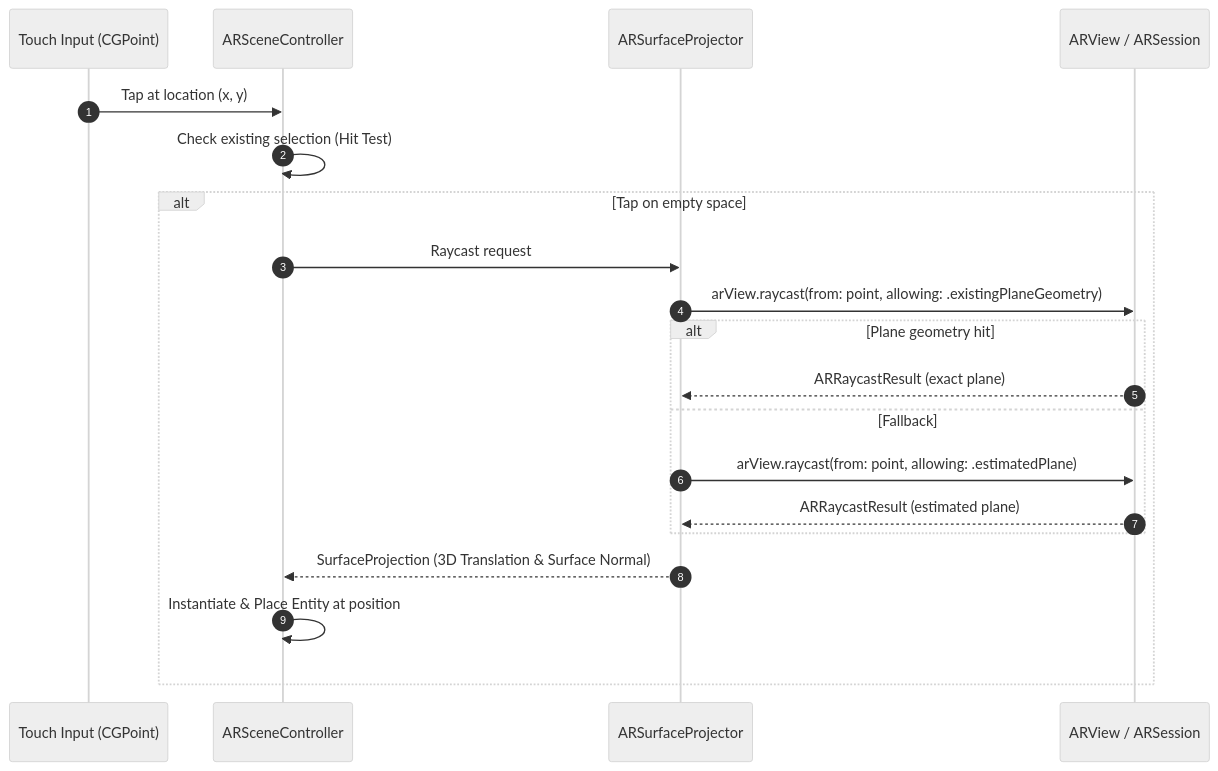
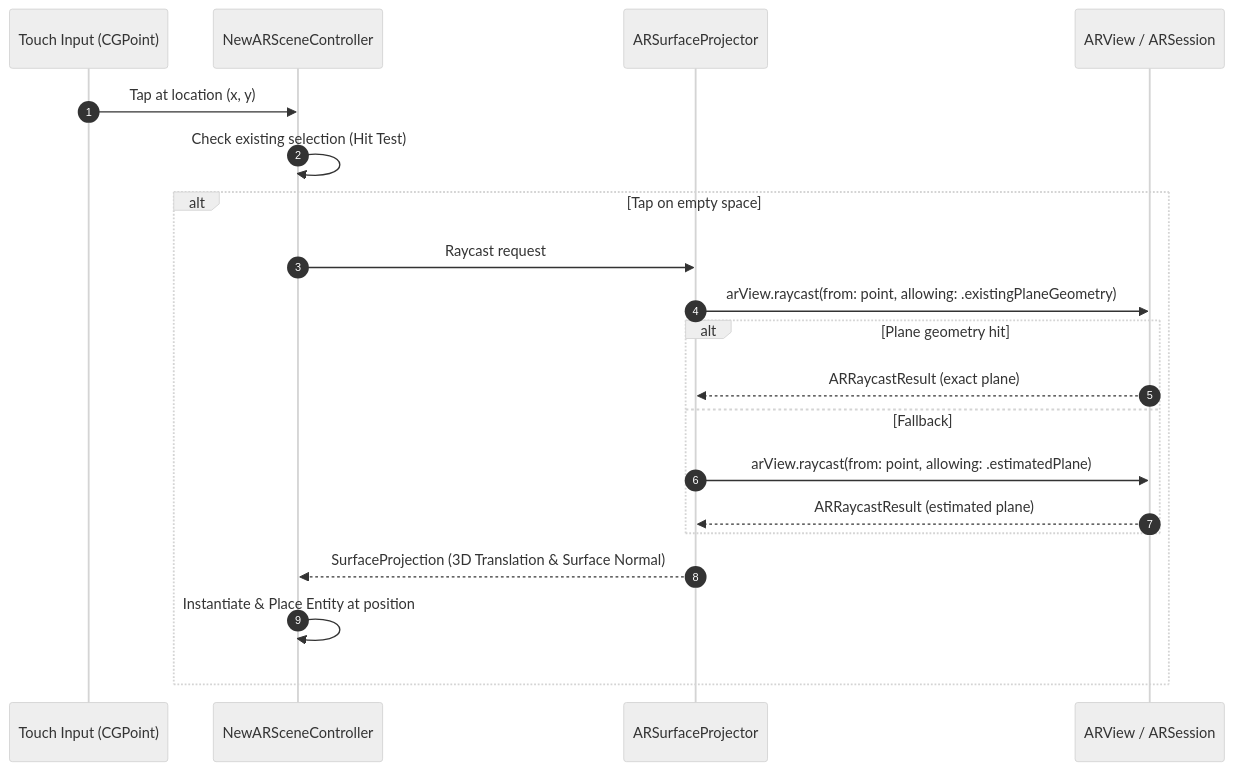
Before and after one commit to dimaswisodewo/Animagic: the second of 2 diagrams in docs/ARKIT_REALITYKIT_DEEP_DIVE.md, drawn with Mermaid (neutral theme). The commit also changed other lines of this file and 212 other files, not shown here.

````diff
--- a/docs/ARKIT_REALITYKIT_DEEP_DIVE.md
+++ b/docs/ARKIT_REALITYKIT_DEEP_DIVE.md
@@ -174,23 +180,23 @@
 ```mermaid
 sequenceDiagram
     autonumber
     participant User as Touch Input (CGPoint)
-    participant Controller as ARSceneController
+    participant Controller as NewARSceneController
     participant Projector as ARSurfaceProjector
     participant ARKit as ARView / ARSession
 
     User->>Controller: Tap at location (x, y)
     Controller->>Controller: Check existing selection (Hit Test)
     alt Tap on empty space
         Controller->>Projector: Raycast request
         Projector->>ARKit: arView.raycast(from: point, allowing: .existingPlaneGeometry)
         alt Plane geometry hit
             ARKit-->>Projector: ARRaycastResult (exact plane)
         else Fallback
             Projector->>ARKit: arView.raycast(from: point, allowing: .estimatedPlane)
             ARKit-->>Projector: ARRaycastResult (estimated plane)
         end
         Projector-->>Controller: SurfaceProjection (3D Translation & Surface Normal)
         Controller->>Controller: Instantiate & Place Entity at position
     end
 ```
````
